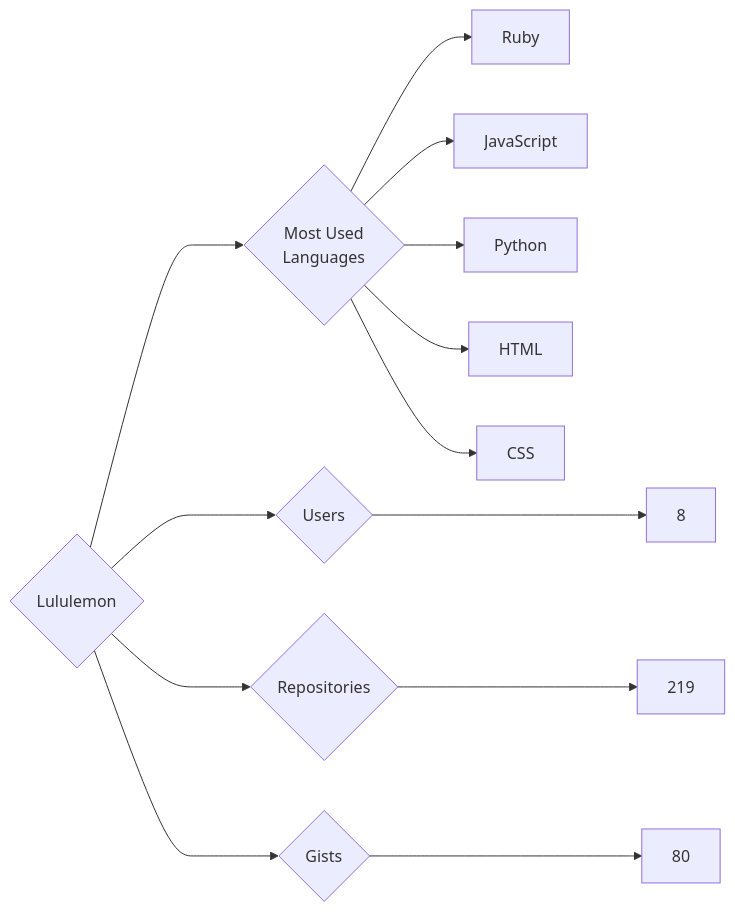
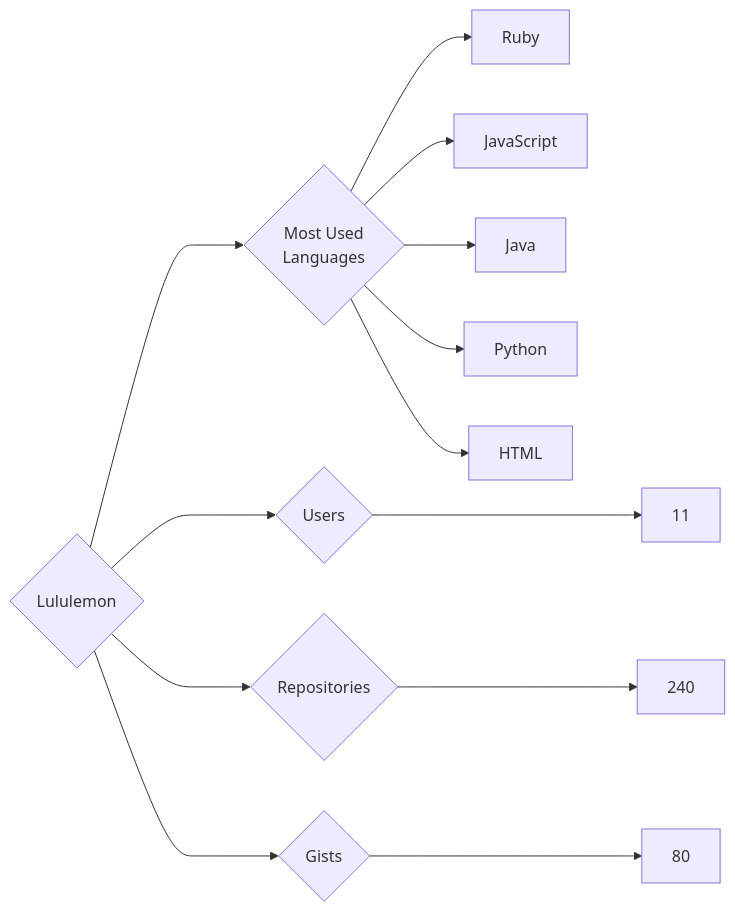
Before and after one commit to trickest/insiders: the diagram in targets/Lululemon/README.md, drawn with Mermaid. The commit also changed 1479 other files, not shown here.

````diff
--- a/targets/Lululemon/README.md
+++ b/targets/Lululemon/README.md
@@ -3,13 +3,13 @@
 ```mermaid
 graph LR
 COMPANY_NAME{Lululemon}
-COMPANY_NAME ---> U{Users} ---> UN[8]
-COMPANY_NAME ---> R{Repositories} ---> RN[219]
+COMPANY_NAME ---> U{Users} ---> UN[11]
+COMPANY_NAME ---> R{Repositories} ---> RN[240]
 COMPANY_NAME ---> G{Gists} ---> GN[80]
 COMPANY_NAME ---> ML{Most Used<br>Languages}
 ML --> Ruby[Ruby]
 ML --> JavaScript[JavaScript]
+ML --> Java[Java]
 ML --> Python[Python]
 ML --> HTML[HTML]
-ML --> CSS[CSS]
 ```
````
